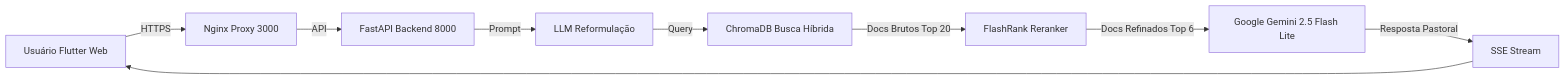
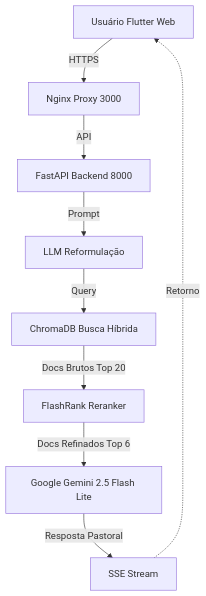
The diagram in README.md (LuisHBruneri/scripture-ai-assistant), drawn with Mermaid before and after one commit.

Commit message:
docs: update diagram syntax in README for improved clarity

````diff
--- a/README.md
+++ b/README.md
@@ -42,11 +42,11 @@
 ```mermaid
-graph LR
+graph TD
     User["Usuário Flutter Web"] -->|HTTPS| Nginx["Nginx Proxy 3000"]
     Nginx -->|API| Backend["FastAPI Backend 8000"]
     Backend -->|Prompt| Reform["LLM Reformulação"]
     Reform -->|Query| Vector["ChromaDB Busca Híbrida"]
     Vector -->|Docs Brutos Top 20| Reranker["FlashRank Reranker"]
     Reranker -->|Docs Refinados Top 6| LLM["Google Gemini 2.5 Flash Lite"]
     LLM -->|Resposta Pastoral| Streaming["SSE Stream"]
-    Streaming --> User
+    Streaming -.->|Retorno| User
 ```
````
